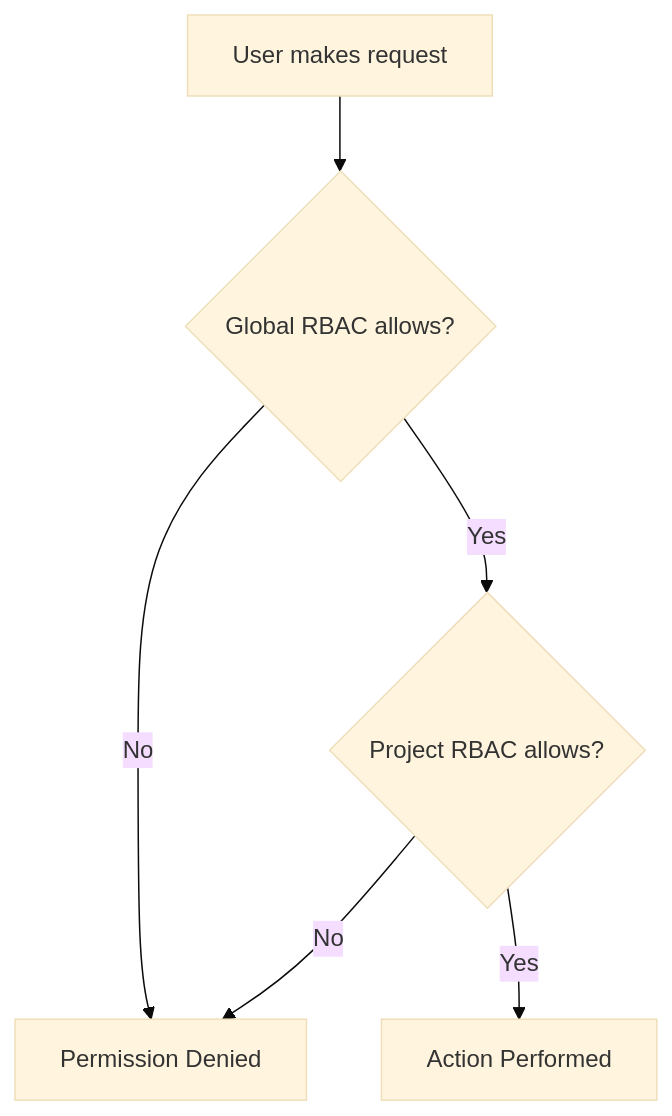
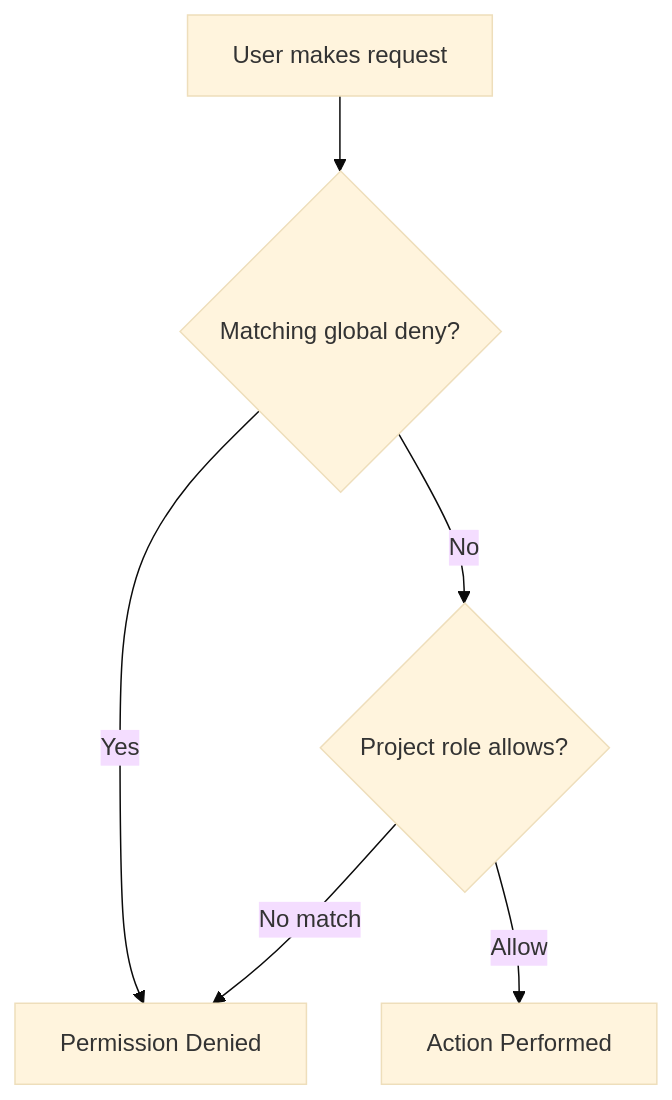
The diagram in posts/2026-02-26-argocd-project-level-rbac/README.md (OneUptime/blog), drawn with Mermaid (base theme) before and after one commit. The commit also changed other lines of this file and 2 other files, not shown here.

Commit message:
validate: 2026-02-26-argocd-project-level-rbac

````diff
--- a/posts/2026-02-26-argocd-project-level-rbac/README.md
+++ b/posts/2026-02-26-argocd-project-level-rbac/README.md
@@ -220,8 +222,8 @@
 ```mermaid
 graph TD
-    A[User makes request] --> B{Global RBAC allows?}
-    B -->|No| C[Permission Denied]
-    B -->|Yes| D{Project RBAC allows?}
-    D -->|No| C
-    D -->|Yes| E[Action Performed]
+    A[User makes request] --> B{Matching global deny?}
+    B -->|Yes| C[Permission Denied]
+    B -->|No| D{Project role allows?}
+    D -->|No match| C
+    D -->|Allow| E[Action Performed]
 ```
````
